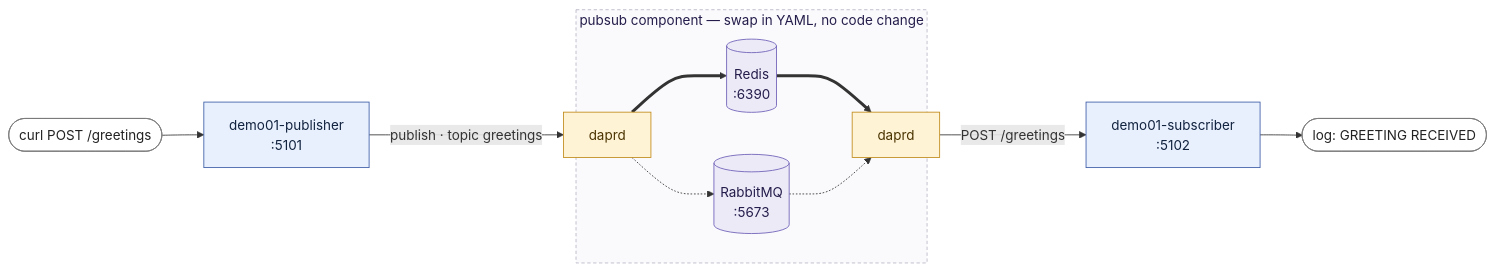
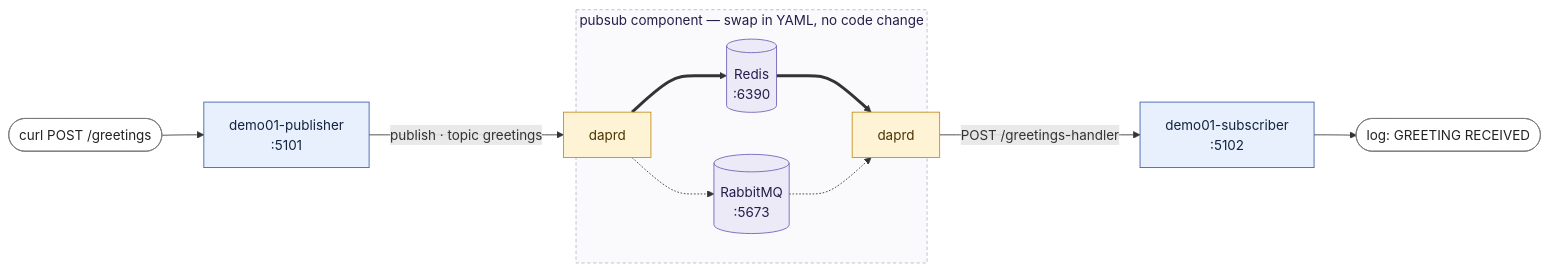
Before and after one commit to LRozeboom/DaprDemo: the first of 4 diagrams in docs/diagrams.md, drawn with Mermaid. The commit also changed other lines of this file and 6 other files, not shown here.

````diff
--- a/docs/diagrams.md
+++ b/docs/diagrams.md
@@ -17,26 +17,26 @@
 ```mermaid
 flowchart LR
     C(["curl POST /greetings"]):::client
     P["demo01-publisher<br/>:5101"]:::app
     PD["daprd"]:::car
     SD["daprd"]:::car
     S["demo01-subscriber<br/>:5102"]:::app
     L(["log: GREETING RECEIVED"]):::client
 
     subgraph B["pubsub component — swap in YAML, no code change"]
         R[("Redis<br/>:6390")]:::ext
         Q[("RabbitMQ<br/>:5673")]:::ext
     end
 
     C --> P
     P -->|"publish · topic greetings"| PD
     PD ==> R ==> SD
     PD -.-> Q -.-> SD
-    SD -->|"POST /greetings"| S --> L
+    SD -->|"POST /greetings-handler"| S --> L
 
     classDef app fill:#E8F0FE,stroke:#3B5BA5,color:#12233F
     classDef car fill:#FFF3D6,stroke:#C08A18,color:#4A3400
     classDef ext fill:#EDEAF8,stroke:#6C5CB5,color:#241D4B
     classDef client fill:#FFFFFF,stroke:#7A7A7A,color:#222222
     style B fill:#FAFAFC,stroke:#B9B6C8,stroke-dasharray:4 3,color:#241D4B
 ```
````
